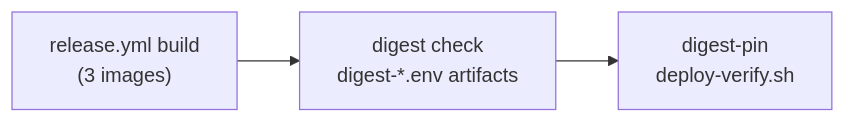
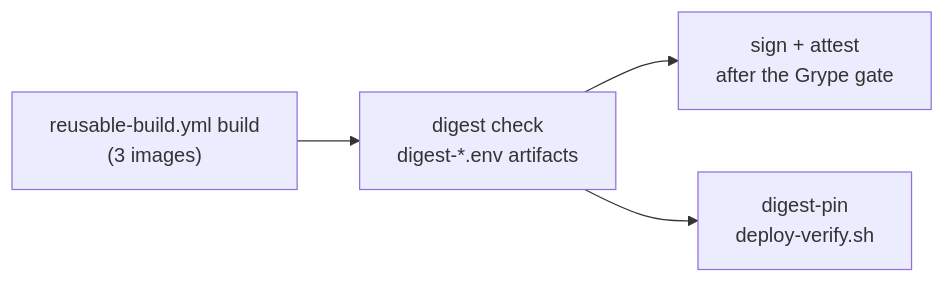
The third of 3 diagrams in wiki/containerization.md (berserkhmdvhb/fullstack_template), drawn with Mermaid before and after one commit. The commit also changed other lines of this file and 11 other files, not shown here.

````diff
--- a/wiki/containerization.md
+++ b/wiki/containerization.md
@@ -263,5 +262,6 @@
 ```mermaid
 flowchart LR
-    Build["release.yml build<br/>(3 images)"] --> Verify["digest check<br/>digest-*.env artifacts"]
+    Build["reusable-build.yml build<br/>(3 images)"] --> Verify["digest check<br/>digest-*.env artifacts"]
+    Verify --> Sign["sign + attest<br/>after the Grype gate"]
     Verify --> Digest["digest-pin<br/>deploy-verify.sh"]
 ```
````
